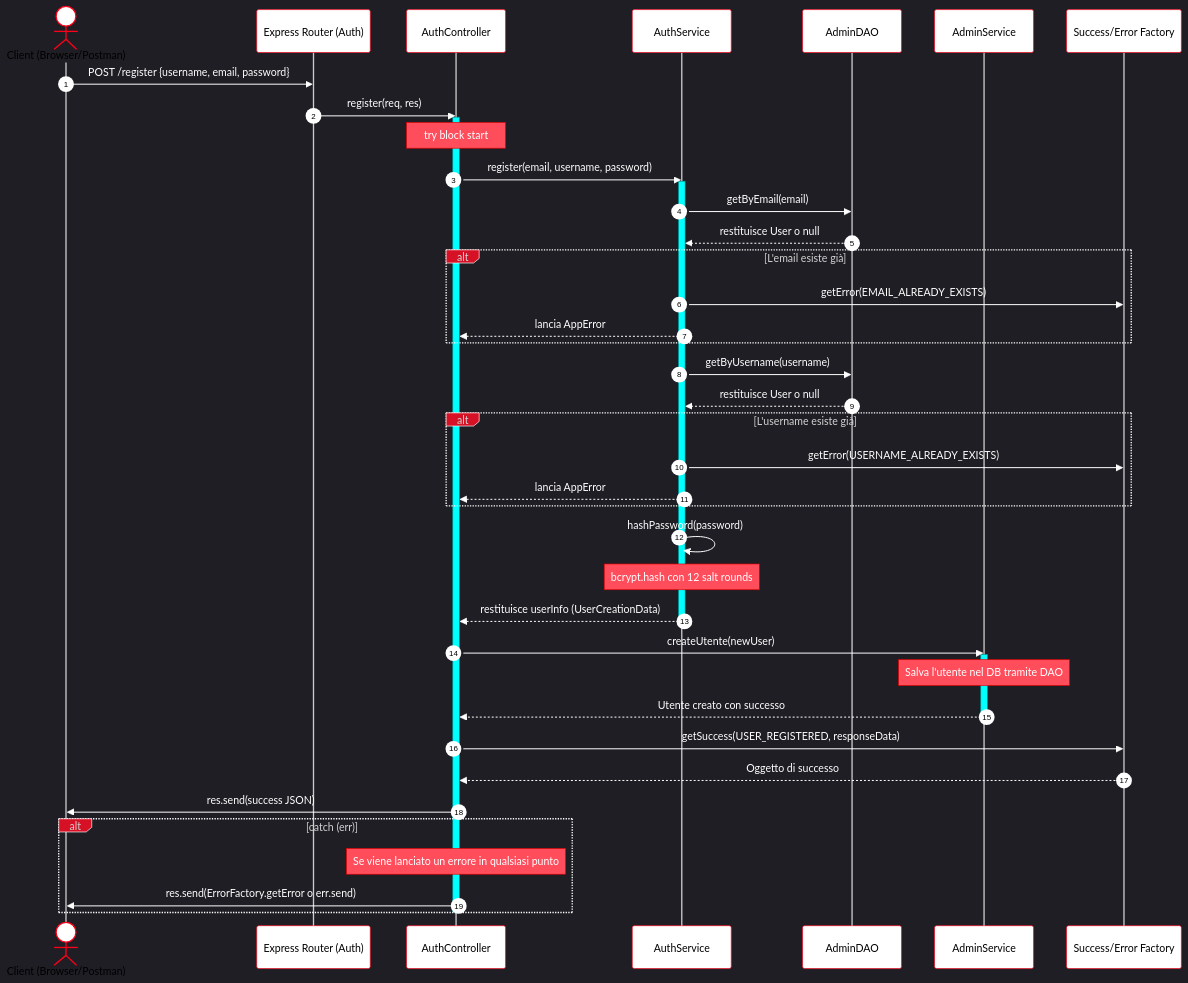
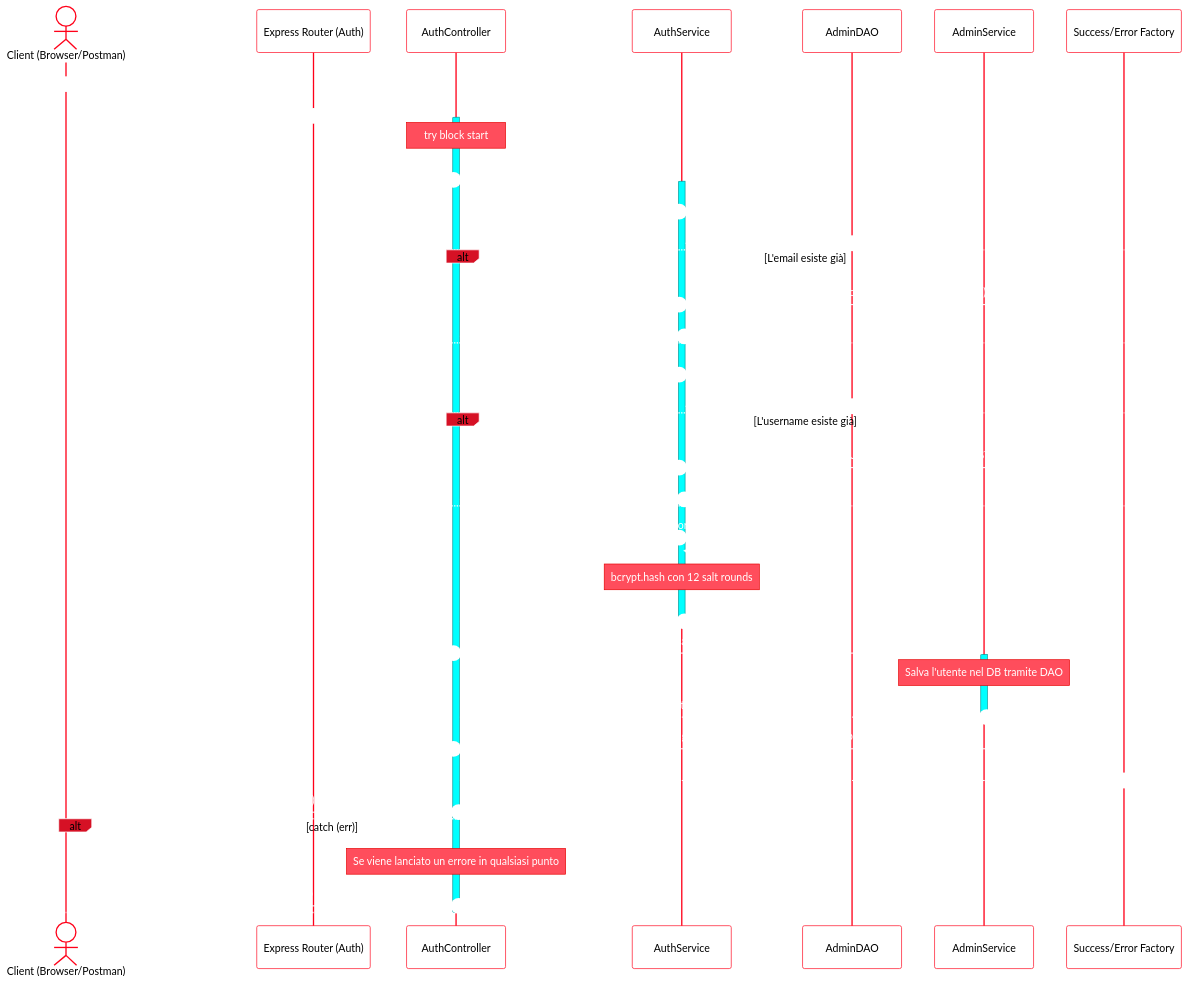
One commit to Barca2002/Progetto-Programmazione-avanzata changed the diagram in README.md. Above: the diagram before and after it, drawn with Mermaid.

Commit message:
Test README

````diff
--- a/README.md
+++ b/README.md
@@ -145,77 +145,75 @@
 ```mermaid
 ---
 config:
-    theme: dark
+    theme: base
     themeVariables:
+        background: '#ffffff'
         actorBkg: '#ffffff'
         actorTextColor: '#000000'
-        actorFontSize: "25px"
         actorBorder: '#ff0019'
         labelBoxBkgColor: '#d61125'
         labelBoxBorderColor: '#ffffff'
         signalColor: '#ffffff'
         signalTextColor: '#ffffff'
         noteBkgColor: '#ff4d5c'
         noteBorderColor: '#e50000'
         noteTextColor: '#ffffff'
         activationBkgColor: '#00ffff'
-        activationBorderColor: '#009494'
-        fontSize: '30px'
-        
+        activationBorderColor: '#009494'        
 ---
 sequenceDiagram
     autonumber
     actor Utente as Client (Browser/Postman)
     participant Router as Express Router (Auth)
     participant Ctrl as AuthController
     participant Serv as AuthService
     participant DAO as AdminDAO
     participant AdminServ as AdminService
     participant Fact as Success/Error Factory
 
     Utente->>Router: POST /register {username, email, password}
     Router->>Ctrl: register(req, res)
     activate Ctrl
 
     Note over Ctrl: try block start
     Ctrl->>Serv: register(email, username, password)
     activate Serv
 
     Serv->>DAO: getByEmail(email)
     DAO-->>Serv: restituisce User o null
     
     alt L'email esiste già
         Serv->>Fact: getError(EMAIL_ALREADY_EXISTS)
         Serv-->>Ctrl: lancia AppError
     end
 
     Serv->>DAO: getByUsername(username)
     DAO-->>Serv: restituisce User o null
 
     alt L'username esiste già
         Serv->>Fact: getError(USERNAME_ALREADY_EXISTS)
         Serv-->>Ctrl: lancia AppError
     end
 
     Serv->>Serv: hashPassword(password)
     Note over Serv: bcrypt.hash con 12 salt rounds
     
     Serv-->>Ctrl: restituisce userInfo (UserCreationData)
     deactivate Serv
 
     Ctrl->>AdminServ: createUtente(newUser)
     activate AdminServ
     Note over AdminServ: Salva l'utente nel DB tramite DAO
     AdminServ-->>Ctrl: Utente creato con successo
     deactivate AdminServ
 
     Ctrl->>Fact: getSuccess(USER_REGISTERED, responseData)
     Fact-->>Ctrl: Oggetto di successo
     Ctrl->>Utente: res.send(success JSON)
 
     alt catch (err)
         Note over Ctrl: Se viene lanciato un errore in qualsiasi punto
         Ctrl->>Utente: res.send(ErrorFactory.getError o err.send)
     end
     deactivate Ctrl
 ```
````
